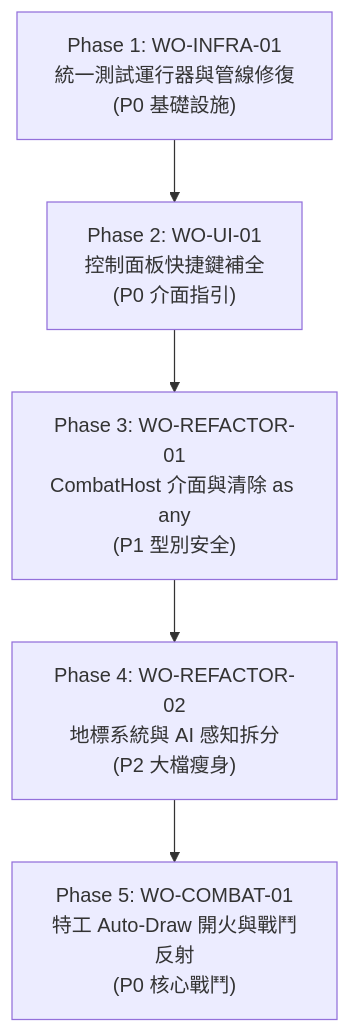
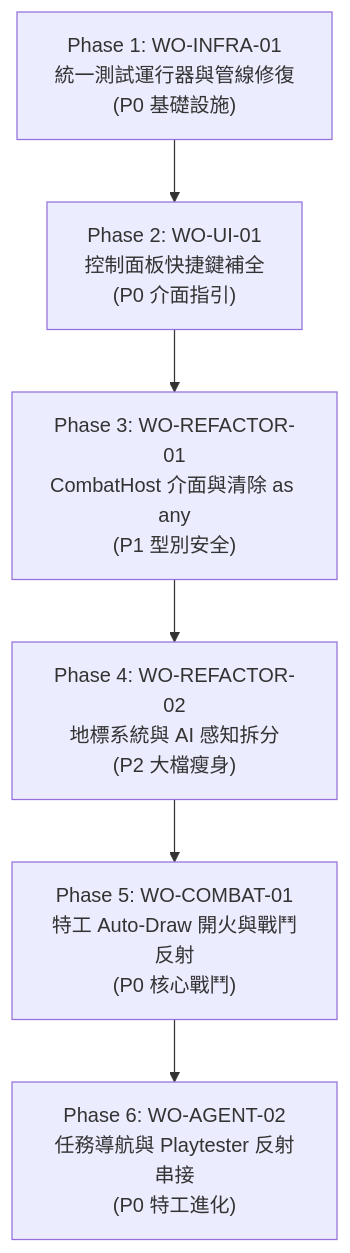
One commit to tzuchen/metropolis-2400 changed the diagram in docs/WORK_ORDERS_INDEX.md. Above: the diagram before and after it, drawn with Mermaid. The commit also changed other lines of this file and 4 other files, not shown here.

````diff
--- a/docs/WORK_ORDERS_INDEX.md
+++ b/docs/WORK_ORDERS_INDEX.md
@@ -34,7 +35,8 @@
 ```mermaid
 flowchart TD
     W1["Phase 1: WO-INFRA-01<br>統一測試運行器與管線修復<br>(P0 基礎設施)"] --> W2["Phase 2: WO-UI-01<br>控制面板快捷鍵補全<br>(P0 介面指引)"]
     W2 --> W3["Phase 3: WO-REFACTOR-01<br>CombatHost 介面與清除 as any<br>(P1 型別安全)"]
     W3 --> W4["Phase 4: WO-REFACTOR-02<br>地標系統與 AI 感知拆分<br>(P2 大檔瘦身)"]
     W4 --> W5["Phase 5: WO-COMBAT-01<br>特工 Auto-Draw 開火與戰鬥反射<br>(P0 核心戰鬥)"]
+    W5 --> W6["Phase 6: WO-AGENT-02<br>任務導航與 Playtester 反射串接<br>(P0 特工進化)"]
 ```
````
